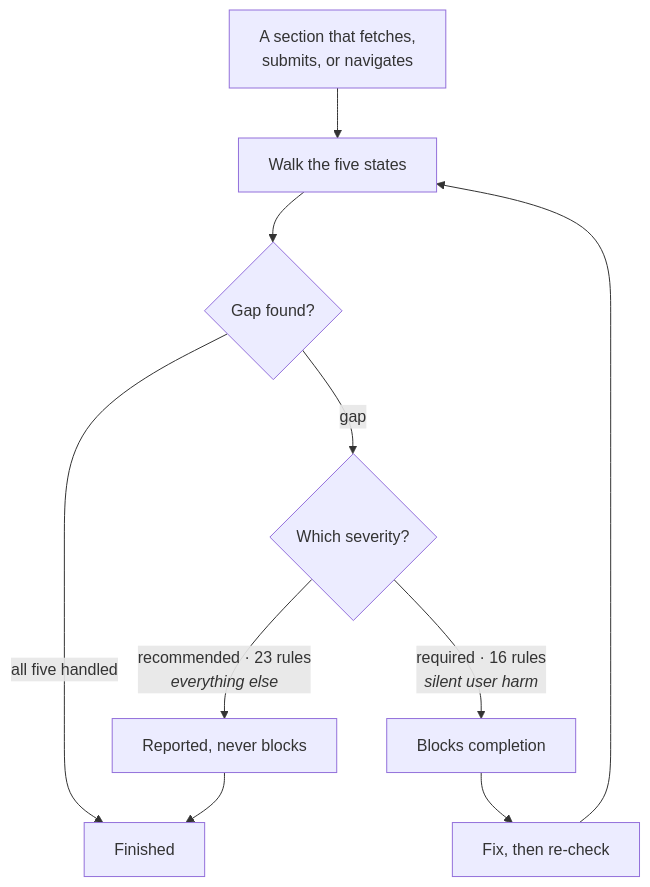
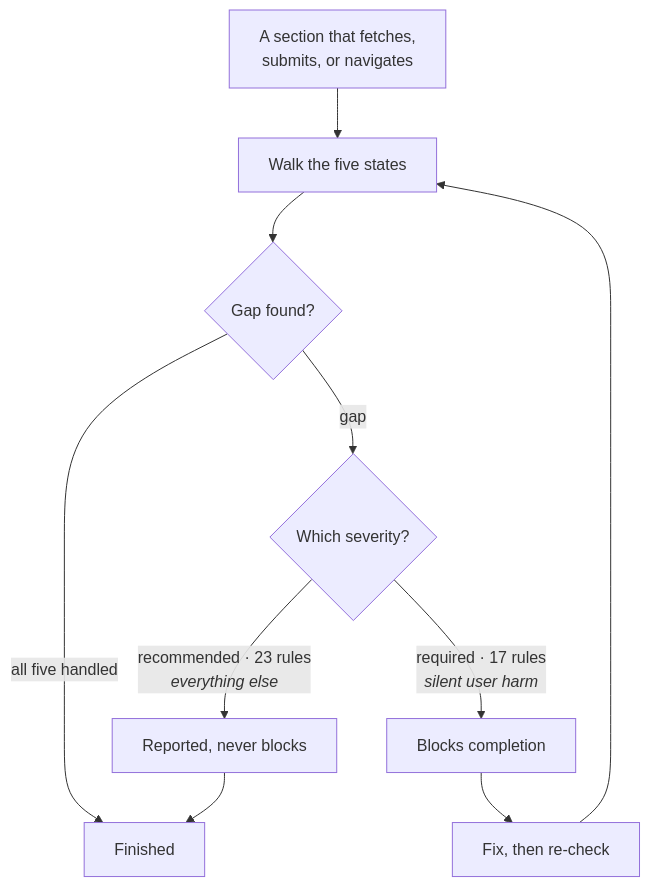
Before and after one commit to DahanItamar/uilint: the diagram in README.md, drawn with Mermaid. The commit also changed other lines of this file and 8 other files, not shown here.

````diff
--- a/README.md
+++ b/README.md
@@ -50,15 +54,15 @@
 ```mermaid
 flowchart TD
     C["A section that fetches,<br/>submits, or navigates"] --> W["Walk the five states"]
     W --> F{"Gap found?"}
 
     F -- "all five handled" --> DONE["Finished"]
     F -- "gap" --> S{"Which severity?"}
 
-    S -- "required · 16 rules<br/><i>silent user harm</i>" --> BLOCK["Blocks completion"]
+    S -- "required · 17 rules<br/><i>silent user harm</i>" --> BLOCK["Blocks completion"]
     S -- "recommended · 23 rules<br/><i>everything else</i>" --> REPORT["Reported, never blocks"]
 
     REPORT --> DONE
     BLOCK --> FIX["Fix, then re-check"]
     FIX --> W
 ```
````
